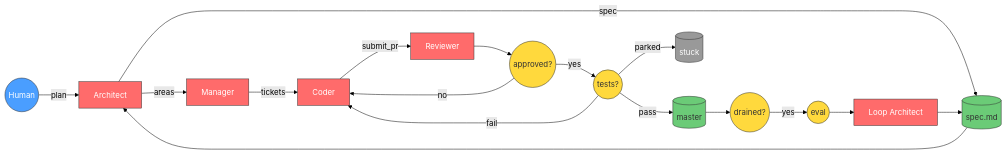
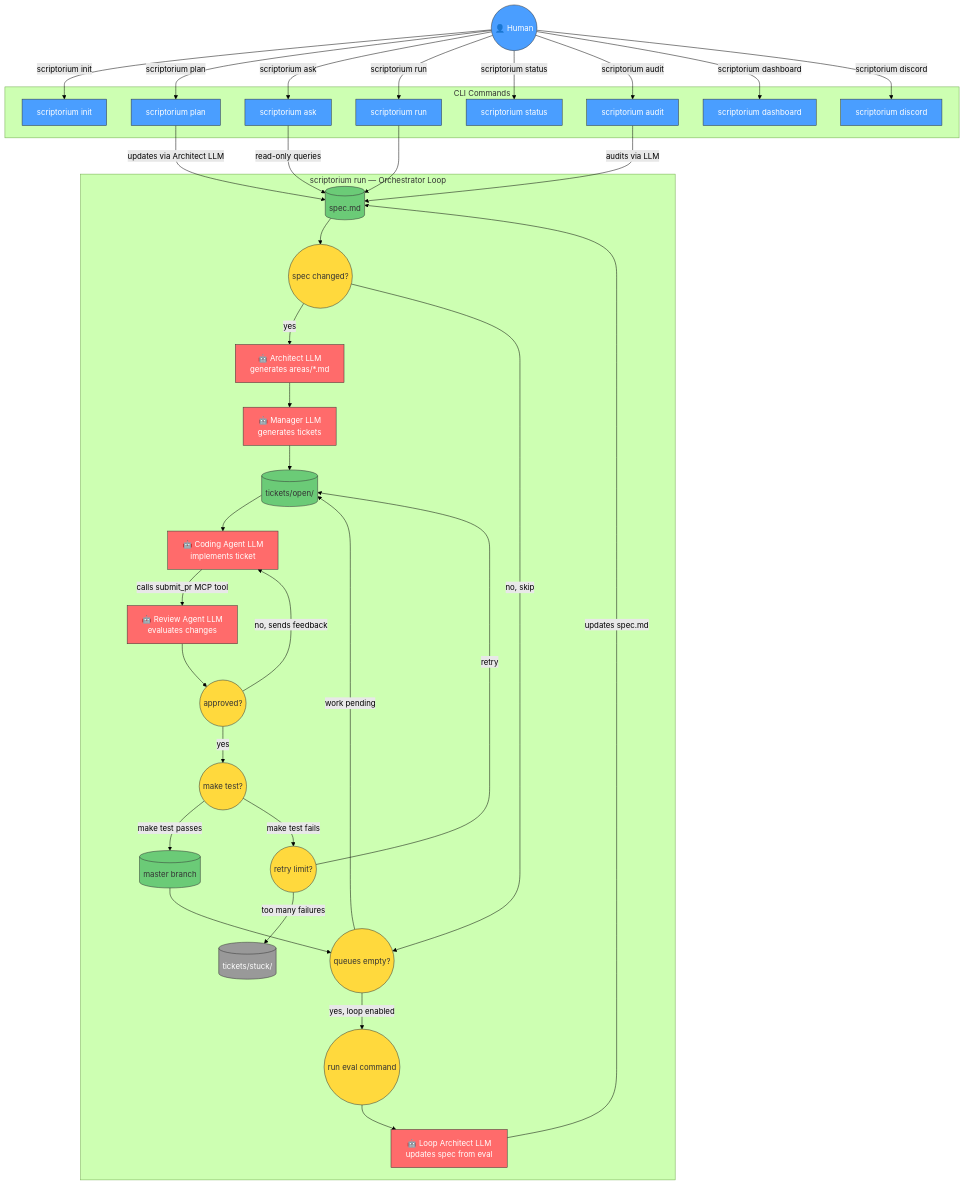
Before and after one commit to monofuel/scriptorium: the diagram in README.md, drawn with Mermaid (forest theme). The commit also changed other lines of this file, not shown here.

Commit message:
docs: expand workflow diagram with all CLI commands and explicit labels

````diff
--- a/README.md
+++ b/README.md
@@ -9,35 +9,69 @@
 ```mermaid
-graph LR
-    Human(("Human"))
-    Architect["Architect"]
-    Spec[("spec.md")]
-    Manager["Manager"]
-    Coder["Coder"]
-    Reviewer["Reviewer"]
-    Approved((approved?))
-    Tests((tests?))
-    Master[("master")]
-    Stuck[("stuck")]
-    Drained((drained?))
-    Eval(("eval"))
-    Loop["Loop Architect"]
+graph TD
+    Human(("👤 Human"))
 
-    Human -->|plan| Architect
-    Architect -->|spec| Spec
-    Spec --> Architect
-    Architect -->|areas| Manager
-    Manager -->|tickets| Coder
-    Coder -->|submit_pr| Reviewer
+    subgraph "CLI Commands"
+        Init["scriptorium init"]
+        Plan["scriptorium plan"]
+        Ask["scriptorium ask"]
+        Run["scriptorium run"]
+        Status["scriptorium status"]
+        Audit["scriptorium audit"]
+        Dashboard["scriptorium dashboard"]
+        Discord["scriptorium discord"]
+    end
+
+    subgraph "scriptorium run — Orchestrator Loop"
+        Spec[("spec.md")]
+        SpecChanged((spec changed?))
+        Architect["🤖 Architect LLM\ngenerates areas/*.md"]
+        Manager["🤖 Manager LLM\ngenerates tickets"]
+        Tickets[("tickets/open/")]
+        Coder["🤖 Coding Agent LLM\nimplements ticket"]
+        Reviewer["🤖 Review Agent LLM\nevaluates changes"]
+        Approved((approved?))
+        MergeQueue((make test?))
+        Master[("master branch")]
+        Stuck[("tickets/stuck/")]
+        Reopen((retry limit?))
+        Drained((queues empty?))
+        Feedback(("run eval command"))
+        Loop["🤖 Loop Architect LLM\nupdates spec from eval"]
+    end
+
+    Human -->|"scriptorium init"| Init
+    Human -->|"scriptorium plan"| Plan
+    Human -->|"scriptorium ask"| Ask
+    Human -->|"scriptorium run"| Run
+    Human -->|"scriptorium status"| Status
+    Human -->|"scriptorium audit"| Audit
+    Human -->|"scriptorium dashboard"| Dashboard
+    Human -->|"scriptorium discord"| Discord
+
+    Plan -->|"updates via Architect LLM"| Spec
+    Ask -->|"read-only queries"| Spec
+    Audit -->|"audits via LLM"| Spec
+    Run --> Spec
+
+    Spec --> SpecChanged
+    SpecChanged -->|yes| Architect
+    SpecChanged -->|no, skip| Drained
+    Architect --> Manager
+    Manager --> Tickets
+    Tickets --> Coder
+    Coder -->|"calls submit_pr MCP tool"| Reviewer
     Reviewer --> Approved
-    Approved -->|yes| Tests
-    Approved -->|no| Coder
-    Tests -->|pass| Master
-    Tests -->|fail| Coder
-    Tests -->|parked| Stuck
+    Approved -->|yes| MergeQueue
+    Approved -->|"no, sends feedback"| Coder
+    MergeQueue -->|"make test passes"| Master
+    MergeQueue -->|"make test fails"| Reopen
+    Reopen -->|retry| Tickets
+    Reopen -->|"too many failures"| Stuck
     Master --> Drained
-    Drained -->|yes| Eval
-    Eval --> Loop
-    Loop --> Spec
+    Drained -->|"work pending"| Tickets
+    Drained -->|"yes, loop enabled"| Feedback
+    Feedback --> Loop
+    Loop -->|"updates spec.md"| Spec
 
     style Human fill:#4a9eff,stroke:#333,color:#fff
     style Architect fill:#ff6b6b,stroke:#333,color:#fff
@@ -45,11 +79,22 @@
     style Coder fill:#ff6b6b,stroke:#333,color:#fff
     style Reviewer fill:#ff6b6b,stroke:#333,color:#fff
     style Loop fill:#ff6b6b,stroke:#333,color:#fff
+    style Plan fill:#4a9eff,stroke:#333,color:#fff
+    style Ask fill:#4a9eff,stroke:#333,color:#fff
+    style Init fill:#4a9eff,stroke:#333,color:#fff
+    style Run fill:#4a9eff,stroke:#333,color:#fff
+    style Status fill:#4a9eff,stroke:#333,color:#fff
+    style Audit fill:#4a9eff,stroke:#333,color:#fff
+    style Dashboard fill:#4a9eff,stroke:#333,color:#fff
+    style Discord fill:#4a9eff,stroke:#333,color:#fff
+    style SpecChanged fill:#ffd93d,stroke:#333,color:#333
     style Approved fill:#ffd93d,stroke:#333,color:#333
-    style Tests fill:#ffd93d,stroke:#333,color:#333
+    style MergeQueue fill:#ffd93d,stroke:#333,color:#333
+    style Reopen fill:#ffd93d,stroke:#333,color:#333
     style Drained fill:#ffd93d,stroke:#333,color:#333
-    style Eval fill:#ffd93d,stroke:#333,color:#333
+    style Feedback fill:#ffd93d,stroke:#333,color:#333
     style Spec fill:#6bcb77,stroke:#333,color:#333
+    style Tickets fill:#6bcb77,stroke:#333,color:#333
     style Master fill:#6bcb77,stroke:#333,color:#333
     style Stuck fill:#999,stroke:#333,color:#fff
 ```
````
